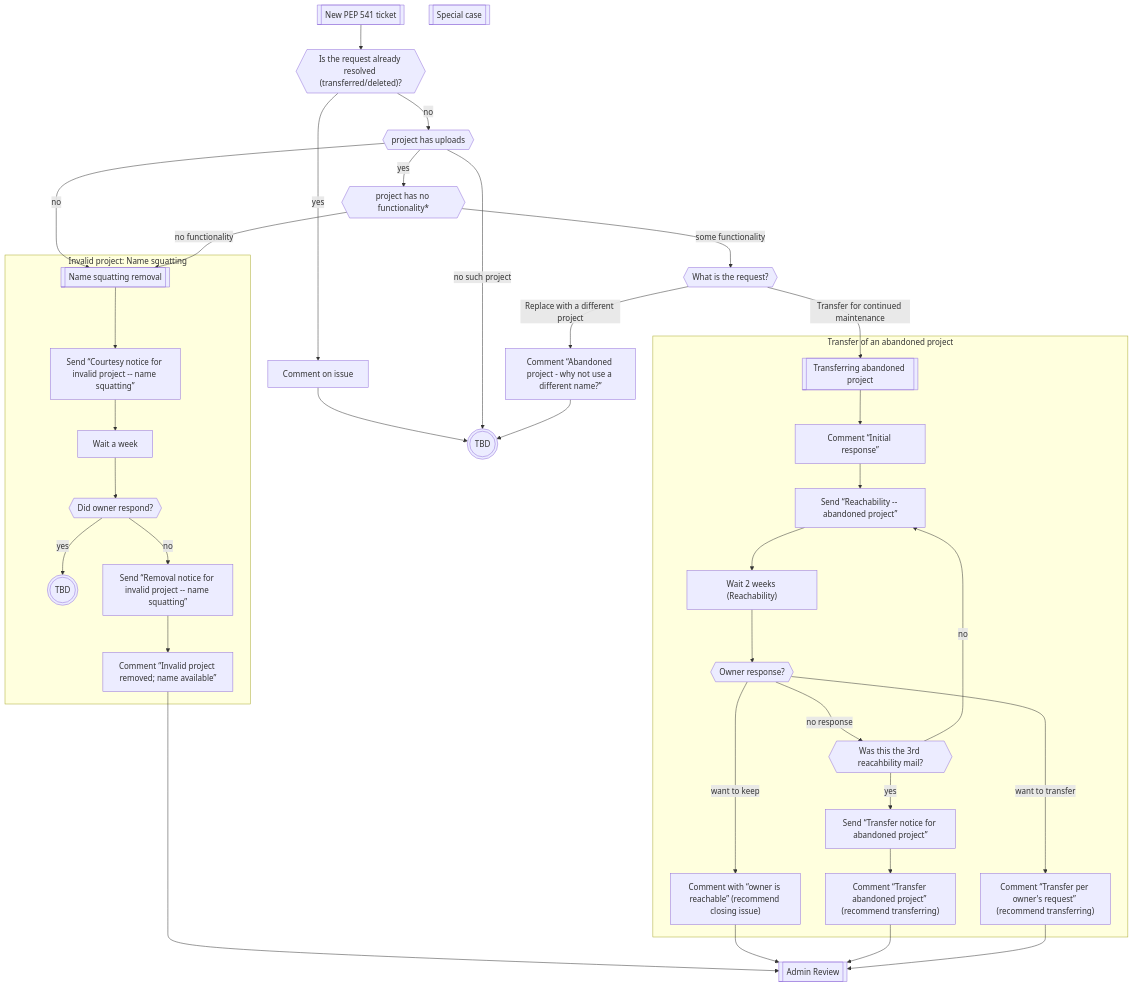
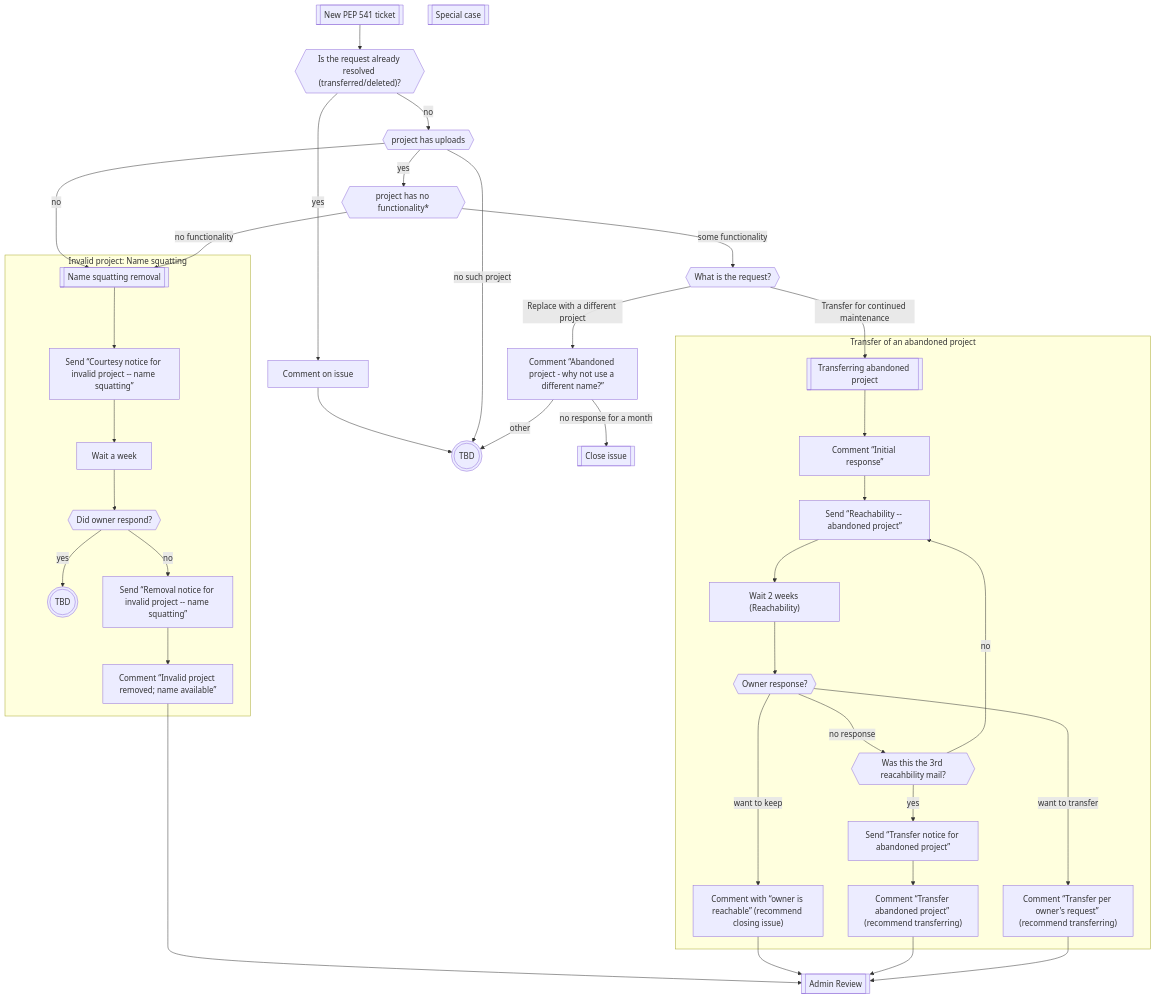
The diagram in name-retention/README.md (encukou/pypi-support), drawn with Mermaid before and after one commit. The commit also changed other lines of this file and 1 other file, not shown here.

````diff
--- a/name-retention/README.md
+++ b/name-retention/README.md
@@ -14,35 +14,36 @@
 ```mermaid
 flowchart TD
 NEW[[New PEP 541 ticket]] --> NEW_isdone{{"Is the request already resolved (transferred/deleted)?"}}
 NEW_isdone --> |yes| NEW_done[Comment on issue] --> NEW_tbd(((TBD)))
 NEW_isdone --> |no| NEW_uploads{{project has uploads}}
 NEW_uploads --> |no| SQUAT
 NEW_uploads --> |yes| NEW_funct{{project has no functionality*}}
 NEW_uploads --> |no such project| NEW_tbd
 NEW_funct --> |no functionality| SQUAT
 NEW_funct --> |some functionality| NEW_what{{What is the request?}}
 NEW_what --> |Transfer for continued maintenance| ABTR
 NEW_what --> |Replace with a different project| NEW_whyname[Comment “Abandoned project - why not use a different name?”]
-NEW_whyname --> NEW_tbd
+NEW_whyname --> |other| NEW_tbd
+NEW_whyname --> |no response for a month| NEW_whyname_no_response[[Close issue]]
 subgraph SQUAT_subgraph [Invalid project: Name squatting]
     SQUAT[[Name squatting removal]] --> SQUAT_c[Send “Courtesy notice for invalid project -- name squatting”] --> SQUAT_w[Wait a week] --> SQUAT_r{{Did owner respond?}} --> |yes| SQUAT_tbd(((TBD)))
     SQUAT_r --> |no| SQUAT_s[Send “Removal notice for invalid project -- name squatting”] --> SQUAT_g[Comment “Invalid project removed; name available”]
 end
 
 subgraph ABTR_subgraph [Transfer of an abandoned project]
     ABTR[[Transferring abandoned project]] --> ABTR_init[Comment “Initial response”] --> ABTR_r[Send “Reachability -- abandoned project”] --> ABTR_wait["Wait 2 weeks (Reachability)"] --> ABTR_resp{{Owner response?}}
     ABTR_resp --> |want to keep| ABTR_keep["Comment with “owner is reachable” (recommend closing issue)"]
     ABTR_resp --> |want to transfer| ABTR_rq["Comment “Transfer per owner's request” (recommend transferring)"]
     ABTR_resp --> |no response| ABTR_iter{{Was this the 3rd reacahbility mail?}} --> |no| ABTR_r
     ABTR_iter --> |yes| ABTR_t[Send “Transfer notice for abandoned project”] --> ABTR_tc["Comment “Transfer abandoned project” (recommend transferring)"]
 end
 
 SQUAT_g --> ADM[[Admin Review]]
 ABTR_keep --> ADM
 ABTR_tc --> ADM
 ABTR_rq --> ADM
 
 
 
 SPEC[[Special case]]
 ```
````
